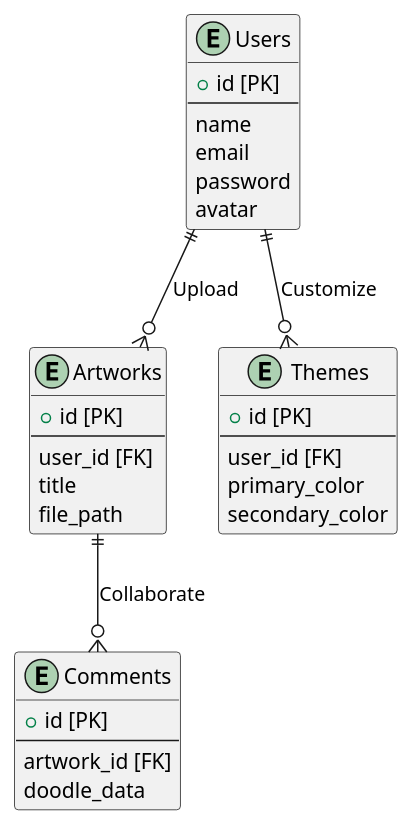
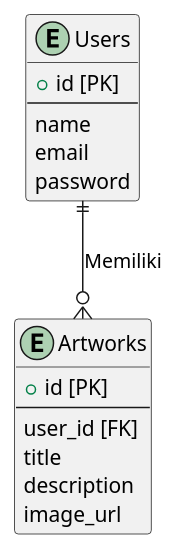
The third of 3 diagrams in SM3/DAA/UAS/Analisa.md (h0murasak1/PERKULIAHAN), drawn with PlantUML before and after one commit. The commit also changed other lines of this file and 13 other files, not shown here.

````diff
--- a/SM3/DAA/UAS/Analisa.md
+++ b/SM3/DAA/UAS/Analisa.md
@@ -171,39 +138,22 @@
 ```puml
 @startuml
 entity Users {
   + id [PK]
   --
   name
   email
   password
-  avatar
 }
 
 entity Artworks {
   + id [PK]
   --
   user_id [FK]
   title
-  file_path
+  description
+  image_url
 }
 
-entity Themes {
-  + id [PK]
-  --
-  user_id [FK]
-  primary_color
-  secondary_color
-}
-
-entity Comments {
-  + id [PK]
-  --
-  artwork_id [FK]
-  doodle_data
-}
-
-Users ||--o{ Artworks : "Upload"
-Users ||--o{ Themes : "Customize"
-Artworks ||--o{ Comments : "Collaborate"
+Users ||--o{ Artworks : "Memiliki"
 @enduml
 ```
````
